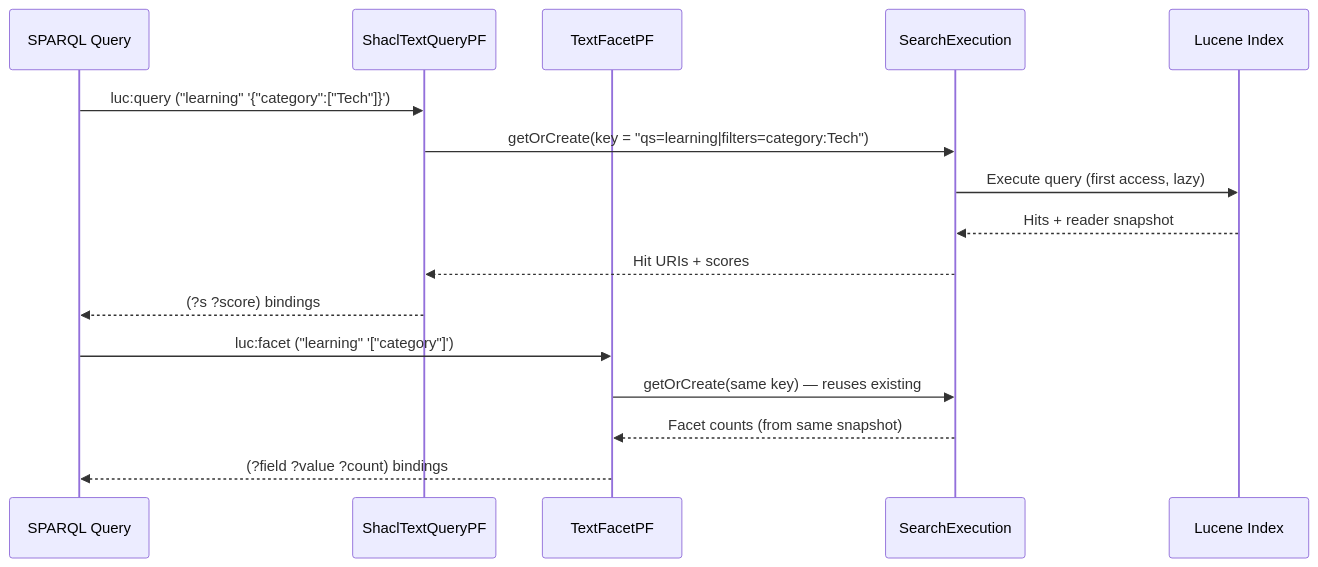
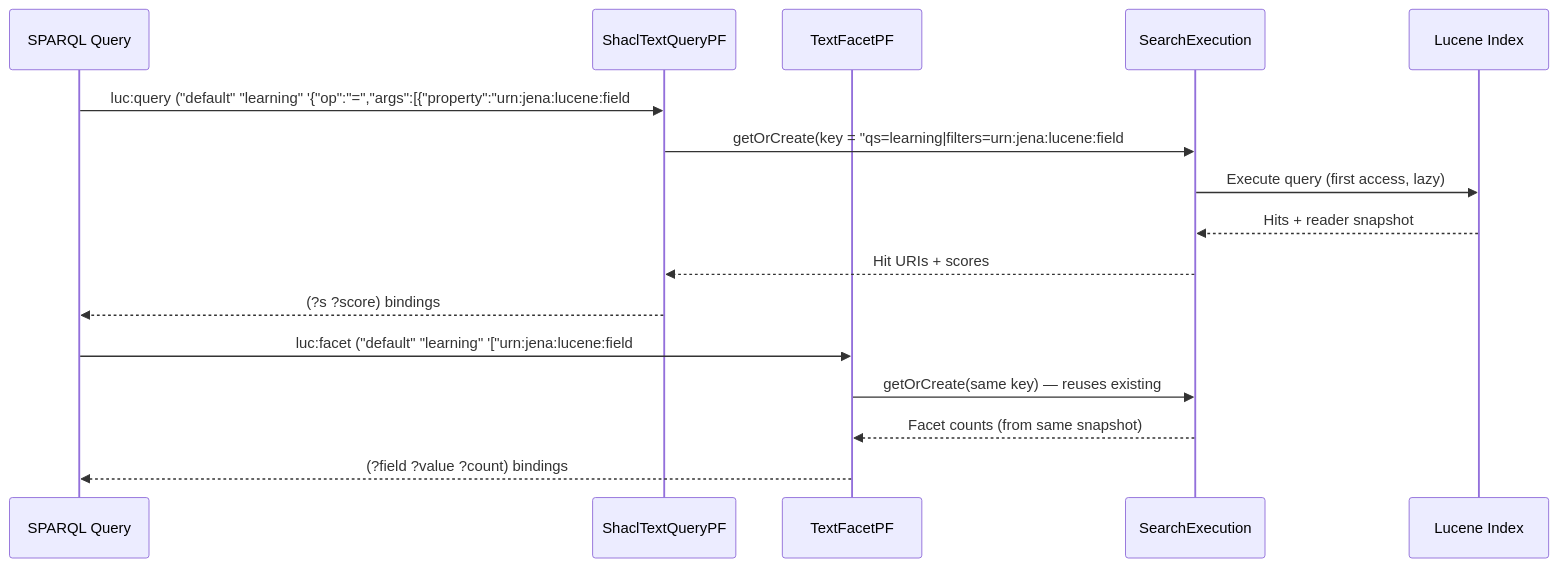
The first of 2 diagrams in docs/04-architecture.md (apache/jena), drawn with Mermaid before and after one commit. The commit also changed 26 other files, not shown here.

First line of the commit message:
Add per-field query analyzer support (idx:queryAnalyzer) (#42)

````diff
--- a/docs/04-architecture.md
+++ b/docs/04-architecture.md
@@ -89,20 +89,20 @@
 ```mermaid
 sequenceDiagram
     participant S as SPARQL Query
     participant QP as ShaclTextQueryPF
     participant FP as TextFacetPF
     participant SE as SearchExecution
     participant L as Lucene Index
 
-    S->>QP: luc:query ("learning" '{"category":["Tech"]}')
-    QP->>SE: getOrCreate(key = "qs=learning|filters=category:Tech")
+    S->>QP: luc:query ("default" "learning" '{"op":"=","args":[{"property":"urn:jena:lucene:field#category"},"Tech"]}')
+    QP->>SE: getOrCreate(key = "qs=learning|filters=urn:jena:lucene:field#category:Tech")
     SE->>L: Execute query (first access, lazy)
     L-->>SE: Hits + reader snapshot
     SE-->>QP: Hit URIs + scores
     QP-->>S: (?s ?score) bindings
 
-    S->>FP: luc:facet ("learning" '["category"]')
+    S->>FP: luc:facet ("default" "learning" '["urn:jena:lucene:field#category"]')
     FP->>SE: getOrCreate(same key) — reuses existing
     SE-->>FP: Facet counts (from same snapshot)
     FP-->>S: (?field ?value ?count) bindings
 ```
````
